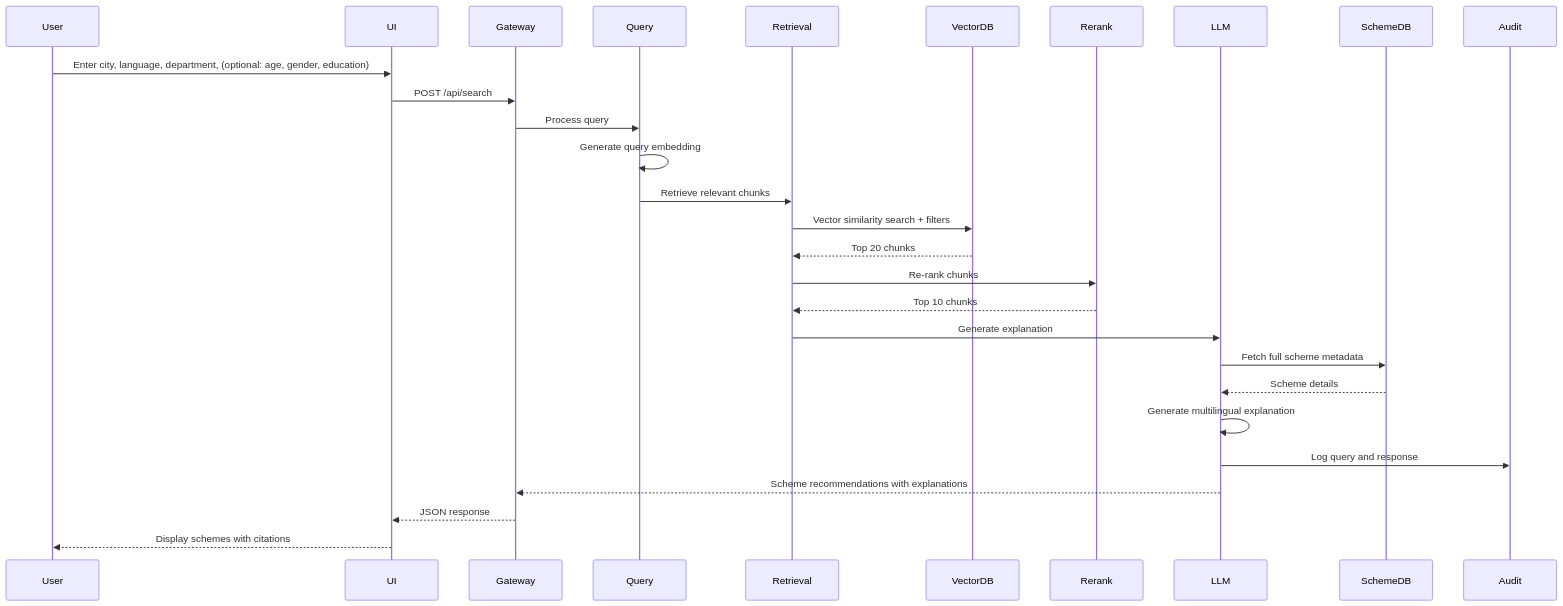
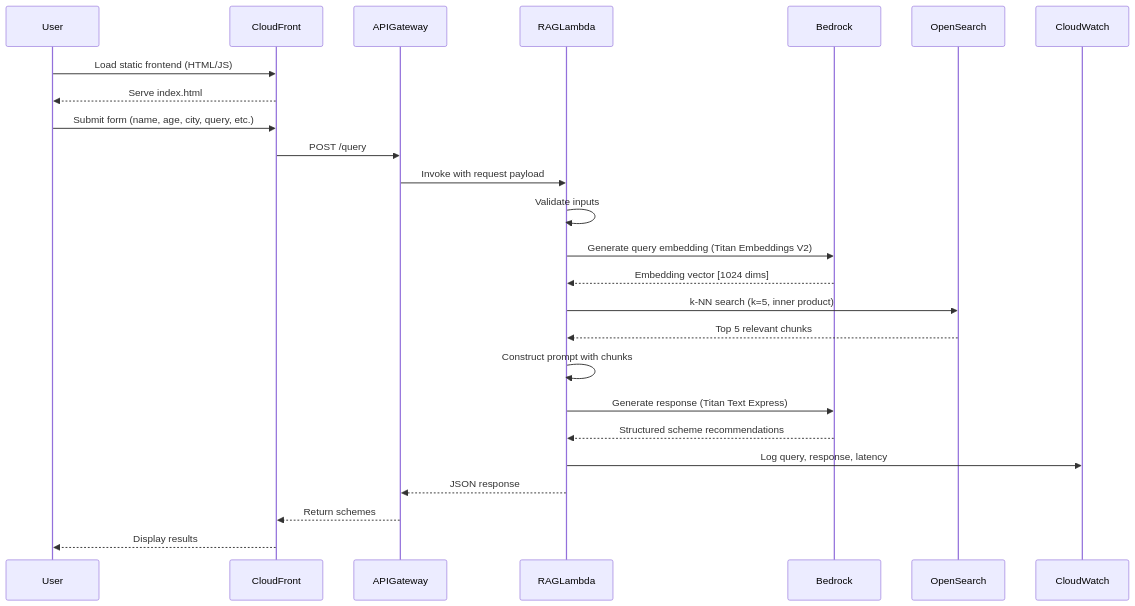
Before and after one commit to RishiYogi/ai-for-bharat-multilingual-scheme-assistant: the third of 6 diagrams in design.md, drawn with Mermaid. The commit also changed other lines of this file and 5 other files, not shown here.

````diff
--- a/design.md
+++ b/design.md
@@ -254,31 +750,28 @@
 ```mermaid
 sequenceDiagram
     participant User
-    participant UI
-    participant Gateway
-    participant Query
-    participant Retrieval
-    participant VectorDB
-    participant Rerank
-    participant LLM
-    participant SchemeDB
-    participant Audit
+    participant CloudFront
+    participant APIGateway
+    participant RAGLambda
+    participant Bedrock
+    participant OpenSearch
+    participant CloudWatch
     
-    User->>UI: Enter city, language, department, (optional: age, gender, education)
-    UI->>Gateway: POST /api/search
-    Gateway->>Query: Process query
-    Query->>Query: Generate query embedding
-    Query->>Retrieval: Retrieve relevant chunks
-    Retrieval->>VectorDB: Vector similarity search + filters
-    VectorDB-->>Retrieval: Top 20 chunks
-    Retrieval->>Rerank: Re-rank chunks
-    Rerank-->>Retrieval: Top 10 chunks
-    Retrieval->>LLM: Generate explanation
-    LLM->>SchemeDB: Fetch full scheme metadata
-    SchemeDB-->>LLM: Scheme details
-    LLM->>LLM: Generate multilingual explanation
-    LLM->>Audit: Log query and response
-    LLM-->>Gateway: Scheme recommendations with explanations
-    Gateway-->>UI: JSON response
-    UI-->>User: Display schemes with citations
+    User->>CloudFront: Load static frontend (HTML/JS)
+    CloudFront-->>User: Serve index.html
+    User->>CloudFront: Submit form (name, age, city, query, etc.)
+    CloudFront->>APIGateway: POST /query
+    APIGateway->>RAGLambda: Invoke with request payload
+    RAGLambda->>RAGLambda: Validate inputs
+    RAGLambda->>Bedrock: Generate query embedding (Titan Embeddings V2)
+    Bedrock-->>RAGLambda: Embedding vector [1024 dims]
+    RAGLambda->>OpenSearch: k-NN search (k=5, inner product)
+    OpenSearch-->>RAGLambda: Top 5 relevant chunks
+    RAGLambda->>RAGLambda: Construct prompt with chunks
+    RAGLambda->>Bedrock: Generate response (Titan Text Express)
+    Bedrock-->>RAGLambda: Structured scheme recommendations
+    RAGLambda->>CloudWatch: Log query, response, latency
+    RAGLambda-->>APIGateway: JSON response
+    APIGateway-->>CloudFront: Return schemes
+    CloudFront-->>User: Display results
 ```
````
